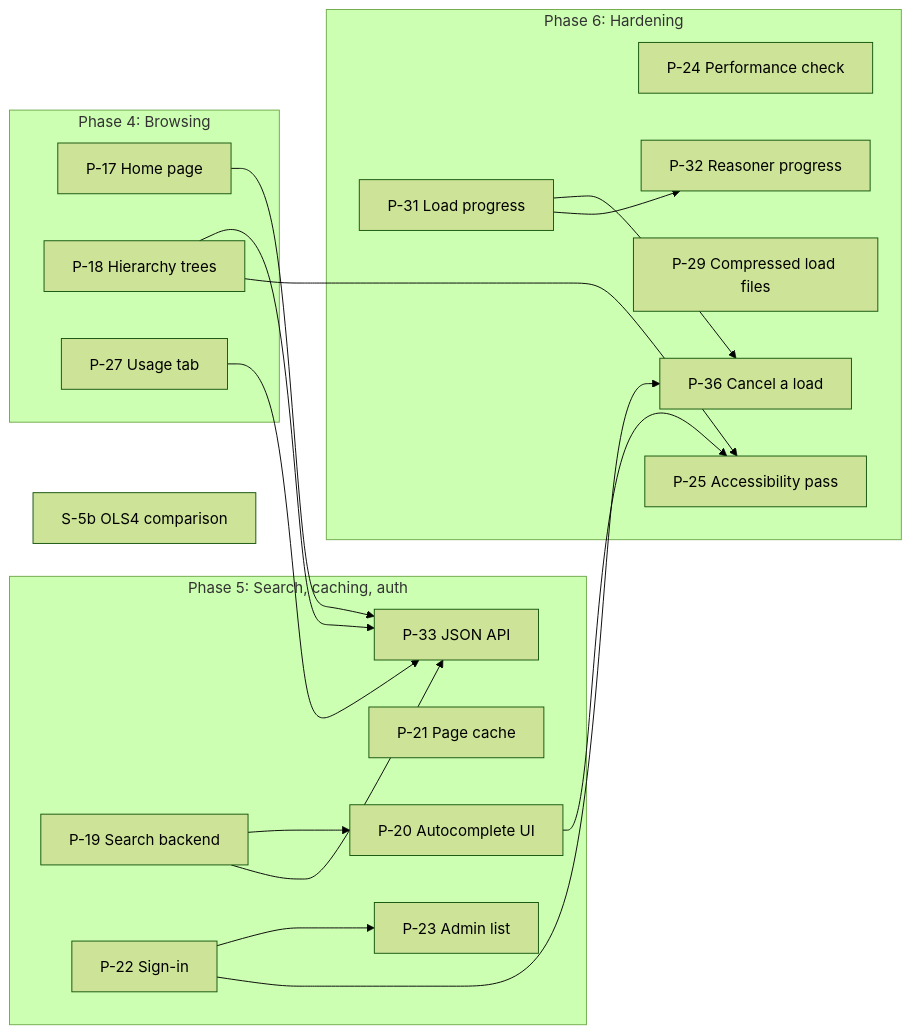
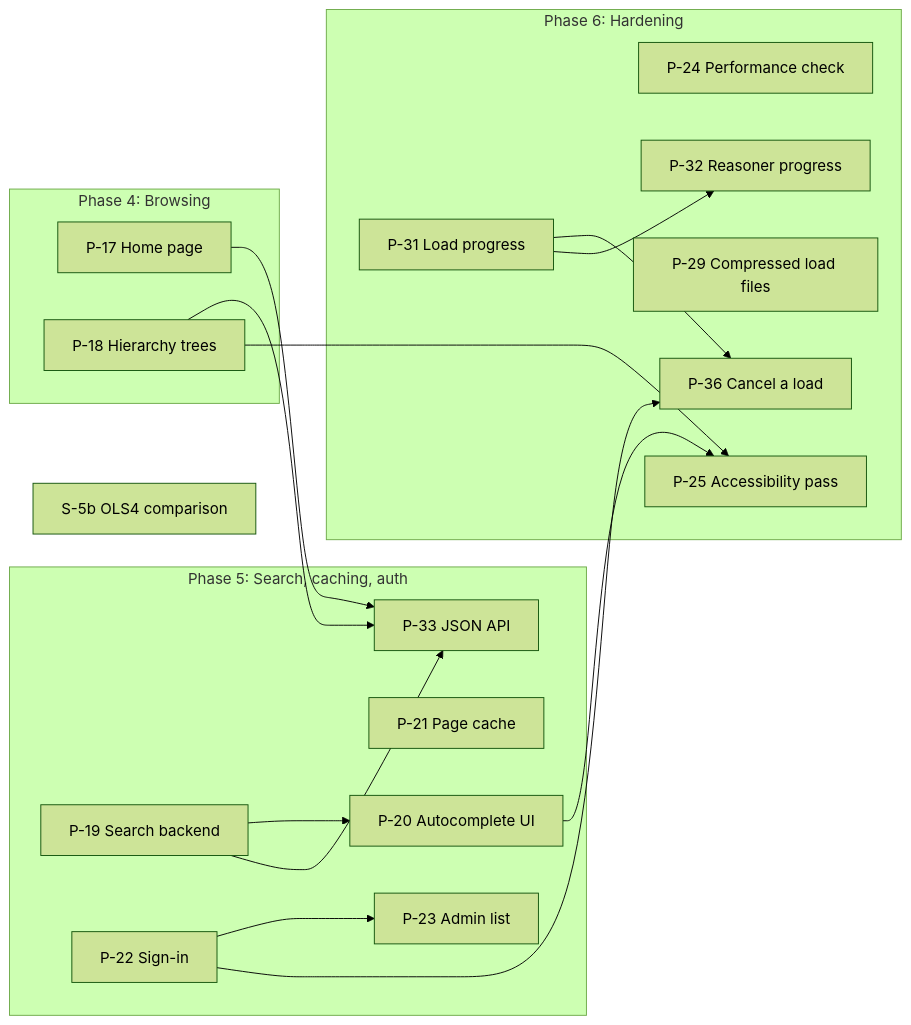
Before and after one commit to jclerman/browl: the diagram in docs/DESIGN.md, drawn with Mermaid (forest theme). The commit also changed other lines of this file, not shown here.

First line of the commit message:
P-27c: record the usage table's design and measurements in DESIGN.md

````diff
--- a/docs/DESIGN.md
+++ b/docs/DESIGN.md
@@ -1510,32 +1588,31 @@
 ```mermaid
 flowchart LR
     subgraph P4["Phase 4: Browsing"]
         P17["P-17 Home page"]
         P18["P-18 Hierarchy trees"]
-        P27["P-27 Usage tab"]
     end
     subgraph P5["Phase 5: Search, caching, auth"]
         P19["P-19 Search backend"]
         P20["P-20 Autocomplete UI"]
         P21["P-21 Page cache"]
         P22["P-22 Sign-in"]
         P23["P-23 Admin list"]
         P33["P-33 JSON API"]
     end
     subgraph P6["Phase 6: Hardening"]
         P24["P-24 Performance check"]
         P25["P-25 Accessibility pass"]
         P29["P-29 Compressed load files"]
         P31["P-31 Load progress"]
         P32["P-32 Reasoner progress"]
         P36["P-36 Cancel a load"]
     end
     S5b["S-5b OLS4 comparison"]
 
     P19 --> P20
-    P17 & P18 & P19 & P27 --> P33
+    P17 & P18 & P19 --> P33
     P18 & P20 --> P25
     P22 --> P23
     P22 & P31 --> P36
     P31 --> P32
 ```
````
